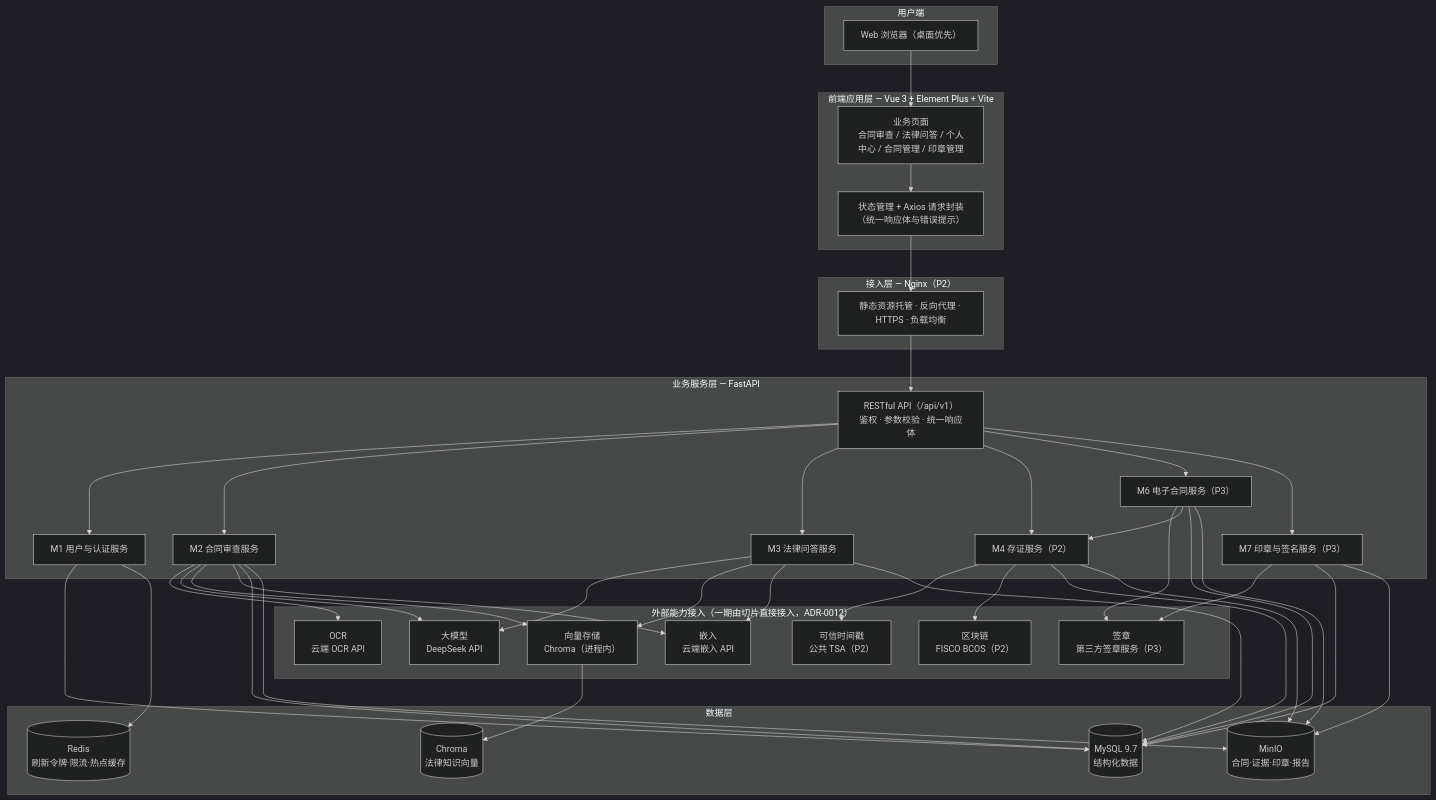
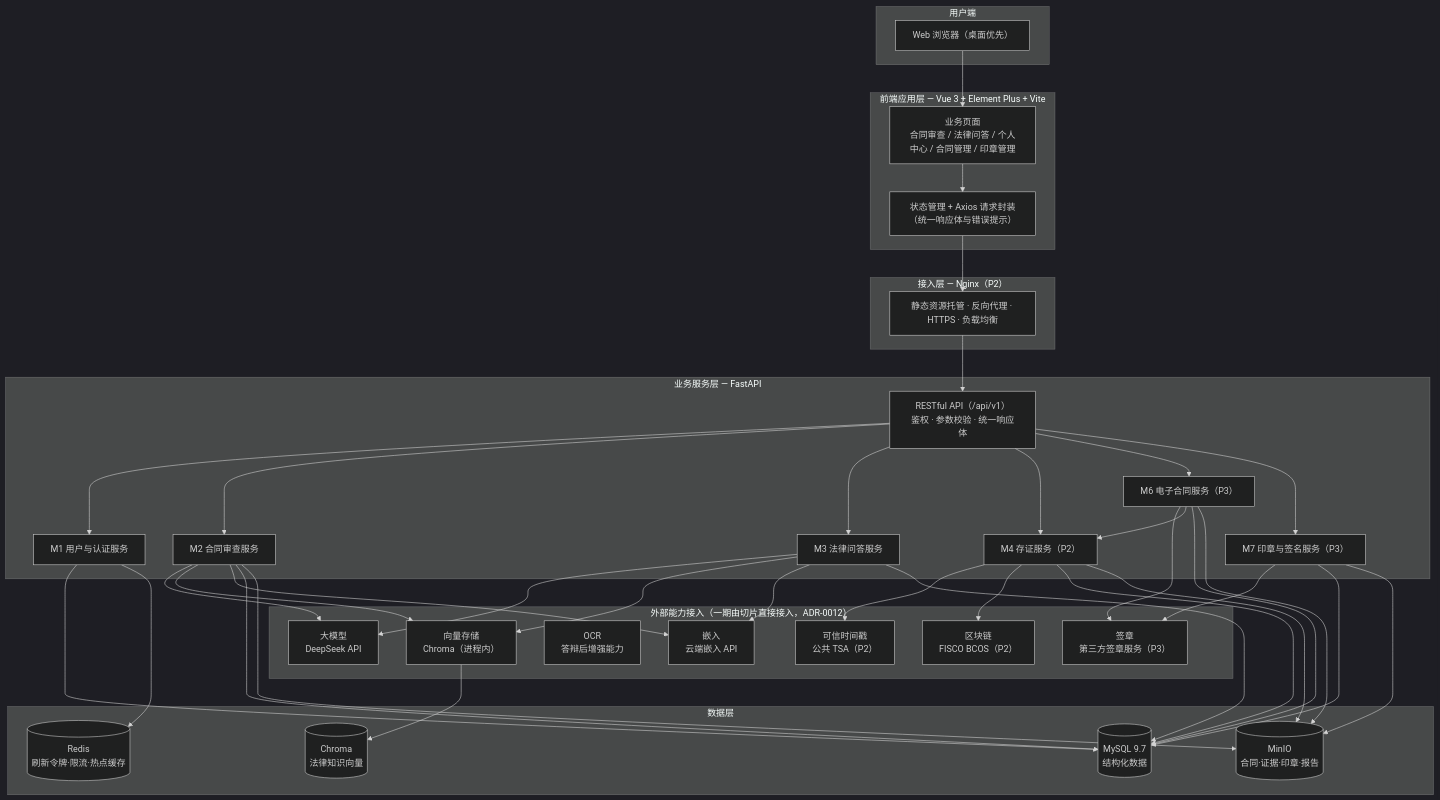
One commit to licat2023/law-wiz changed the first of 5 diagrams in docs/03-概要设计.md. Above: the diagram before and after it, drawn with Mermaid (dark theme). The commit also changed other lines of this file and 17 other files, not shown here.

````diff
--- a/docs/03-概要设计.md
+++ b/docs/03-概要设计.md
@@ -87,60 +87,60 @@
 ```mermaid
 graph TB
     subgraph 用户端["用户端"]
         BROWSER["Web 浏览器（桌面优先）"]
     end
 
     subgraph 前端["前端应用层 — Vue 3 + Element Plus + Vite"]
         PAGES["业务页面<br/>合同审查 / 法律问答 / 个人中心 / 合同管理 / 印章管理"]
         STORE["状态管理 + Axios 请求封装（统一响应体与错误提示）"]
     end
 
     subgraph 网关["接入层 — Nginx（P2）"]
         NGINX["静态资源托管 · 反向代理 · HTTPS · 负载均衡"]
     end
 
     subgraph 服务["业务服务层 — FastAPI"]
         API["RESTful API（/api/v1）<br/>鉴权 · 参数校验 · 统一响应体"]
         SVC_M1["M1 用户与认证服务"]
         SVC_M2["M2 合同审查服务"]
         SVC_M3["M3 法律问答服务"]
         SVC_M4["M4 存证服务（P2）"]
         SVC_M6["M6 电子合同服务（P3）"]
         SVC_M7["M7 印章与签名服务（P3）"]
     end
 
     subgraph 能力["外部能力接入（一期由切片直接接入，ADR-0012）"]
         LLM["大模型<br/>DeepSeek API"]
         EMB["嵌入<br/>云端嵌入 API"]
-        OCR["OCR<br/>云端 OCR API"]
+        OCR["OCR<br/>答辩后增强能力"]
         VEC["向量存储<br/>Chroma（进程内）"]
         SIGN["签章<br/>第三方签章服务（P3）"]
         TSA["可信时间戳<br/>公共 TSA（P2）"]
         CHAIN["区块链<br/>FISCO BCOS（P2）"]
     end
 
     subgraph 数据["数据层"]
         MYSQL[("MySQL 9.7<br/>结构化数据")]
         CHROMADB[("Chroma<br/>法律知识向量")]
         MINIO[("MinIO<br/>合同·证据·印章·报告")]
         REDIS[("Redis<br/>刷新令牌·限流·热点缓存")]
     end
 
     BROWSER --> PAGES --> STORE --> NGINX --> API
     API --> SVC_M1 & SVC_M2 & SVC_M3 & SVC_M4 & SVC_M6 & SVC_M7
-    SVC_M2 --> OCR & LLM & VEC
+    SVC_M2 --> LLM & VEC
     SVC_M3 --> LLM & VEC
     SVC_M2 --> EMB
     SVC_M3 --> EMB
     SVC_M6 --> SIGN
     SVC_M6 --> SVC_M4
     SVC_M7 --> SIGN
     SVC_M4 --> TSA & CHAIN
     SVC_M1 --> MYSQL & REDIS
     SVC_M2 --> MYSQL & MINIO
     SVC_M3 --> MYSQL
     SVC_M4 --> MYSQL & MINIO
     SVC_M6 --> MYSQL & MINIO
     SVC_M7 --> MYSQL & MINIO
     VEC --> CHROMADB
 ```
````
